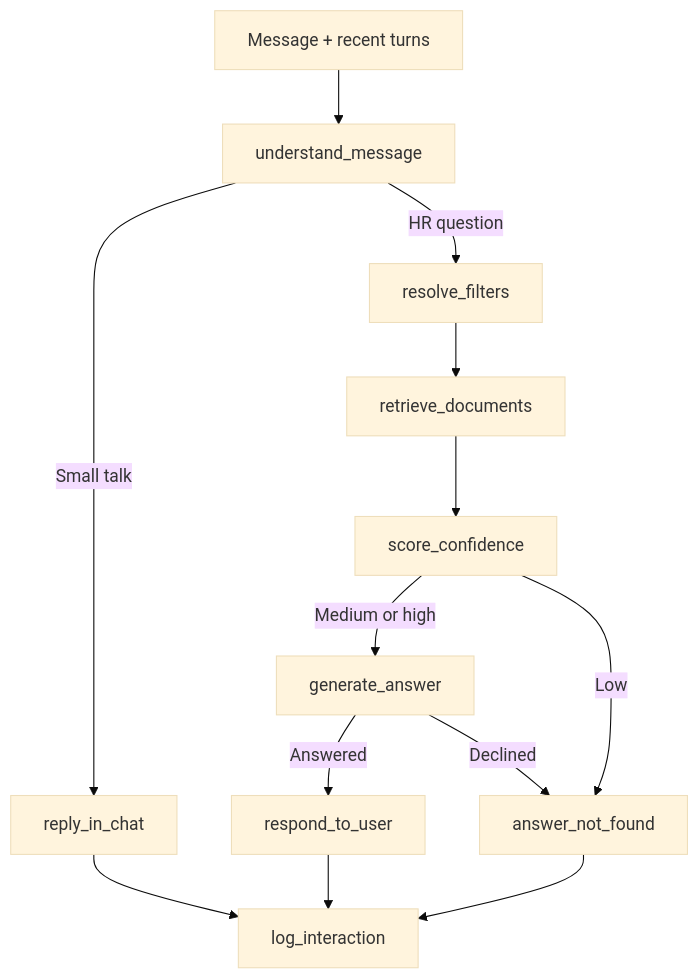
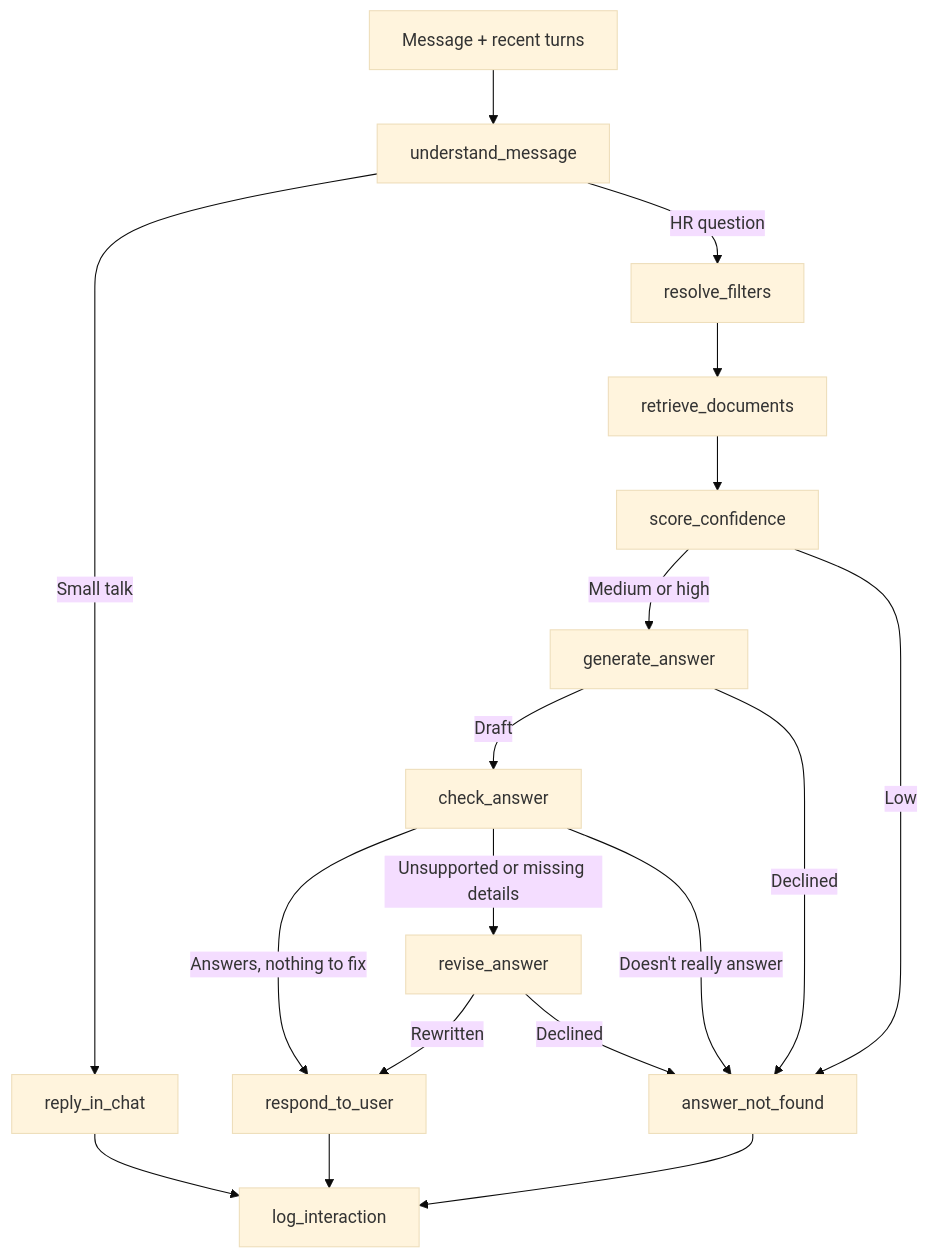
The second of 2 diagrams in README.md (ShishirRijal/hr-onboarding-agent), drawn with Mermaid (base theme) before and after one commit. The commit also changed other lines of this file and 10 other files, not shown here.

First line of the commit message:
feat: check each answer against its sources before sending it

````diff
--- a/README.md
+++ b/README.md
@@ -105,15 +105,20 @@
 ```mermaid
 flowchart TD
   Q[Message + recent turns] --> UM[understand_message]
   UM -->|Small talk| CH[reply_in_chat]
   UM -->|HR question| RF[resolve_filters]
   RF --> RD[retrieve_documents]
   RD --> SC[score_confidence]
   SC -->|Medium or high| GA[generate_answer]
   SC -->|Low| NF[answer_not_found]
-  GA -->|Answered| RU[respond_to_user]
+  GA -->|Draft| CA[check_answer]
   GA -->|Declined| NF
+  CA -->|Answers, nothing to fix| RU[respond_to_user]
+  CA -->|Unsupported or missing details| RA[revise_answer]
+  CA -->|Doesn't really answer| NF
+  RA -->|Rewritten| RU
+  RA -->|Declined| NF
   CH --> LI[log_interaction]
   RU --> LI
   NF --> LI
 ```
````
